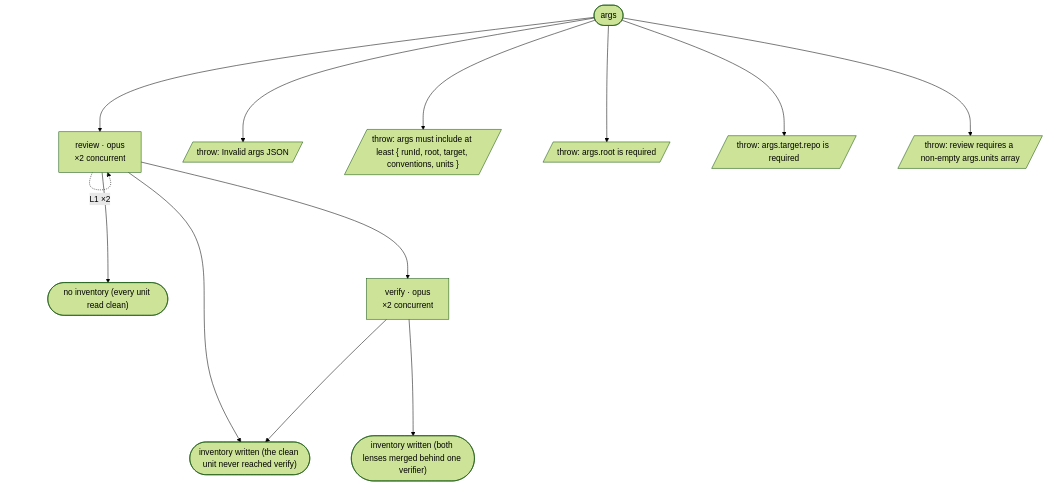
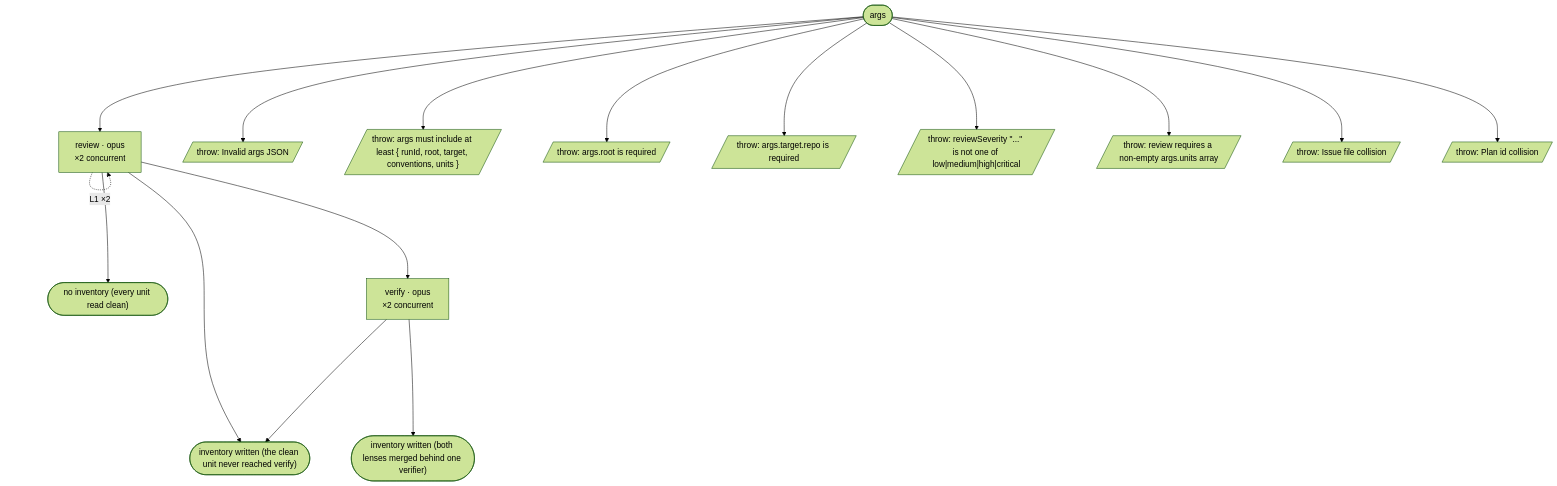
One commit to Blakeem/aipromptguide-workflows changed the diagram in workflows/debug/FLOW-review.md. Above: the diagram before and after it, drawn with Mermaid (forest theme). The commit also changed other lines of this file and 21 other files, not shown here.

````diff
--- a/workflows/debug/FLOW-review.md
+++ b/workflows/debug/FLOW-review.md
@@ -8,27 +8,33 @@
 ```mermaid
 %%{init: {"flowchart": {"nodeSpacing": 80, "rankSpacing": 200}}}%%
 flowchart TD
   S0(["args"])
   a1["review · opus<br/>×2 concurrent"]
   a2["verify · opus<br/>×2 concurrent"]
   t1(["inventory written (the clean unit never reached verify)"])
   t2(["no inventory (every unit read clean)"])
   t3(["inventory written (both lenses merged behind one verifier)"])
   x1[/"throw: Invalid args JSON"/]
   x2[/"throw: args must include at least { runId, root, target, conventions, units }"/]
   x3[/"throw: args.root is required"/]
   x4[/"throw: args.target.repo is required"/]
-  x5[/"throw: review requires a non-empty args.units array"/]
+  x5[/"throw: reviewSeverity #quot;...#quot; is not one of low#124;medium#124;high#124;critical"/]
+  x6[/"throw: review requires a non-empty args.units array"/]
+  x7[/"throw: Issue file collision"/]
+  x8[/"throw: Plan id collision"/]
   S0 --> a1
   S0 --> x1
   S0 --> x2
   S0 --> x3
   S0 --> x4
   S0 --> x5
+  S0 --> x6
+  S0 --> x7
+  S0 --> x8
   a1 -.->|"L1 ×2"| a1
   a1 --> a2
   a1 --> t1
   a1 --> t2
   a2 --> t1
   a2 --> t3
 ```
````
